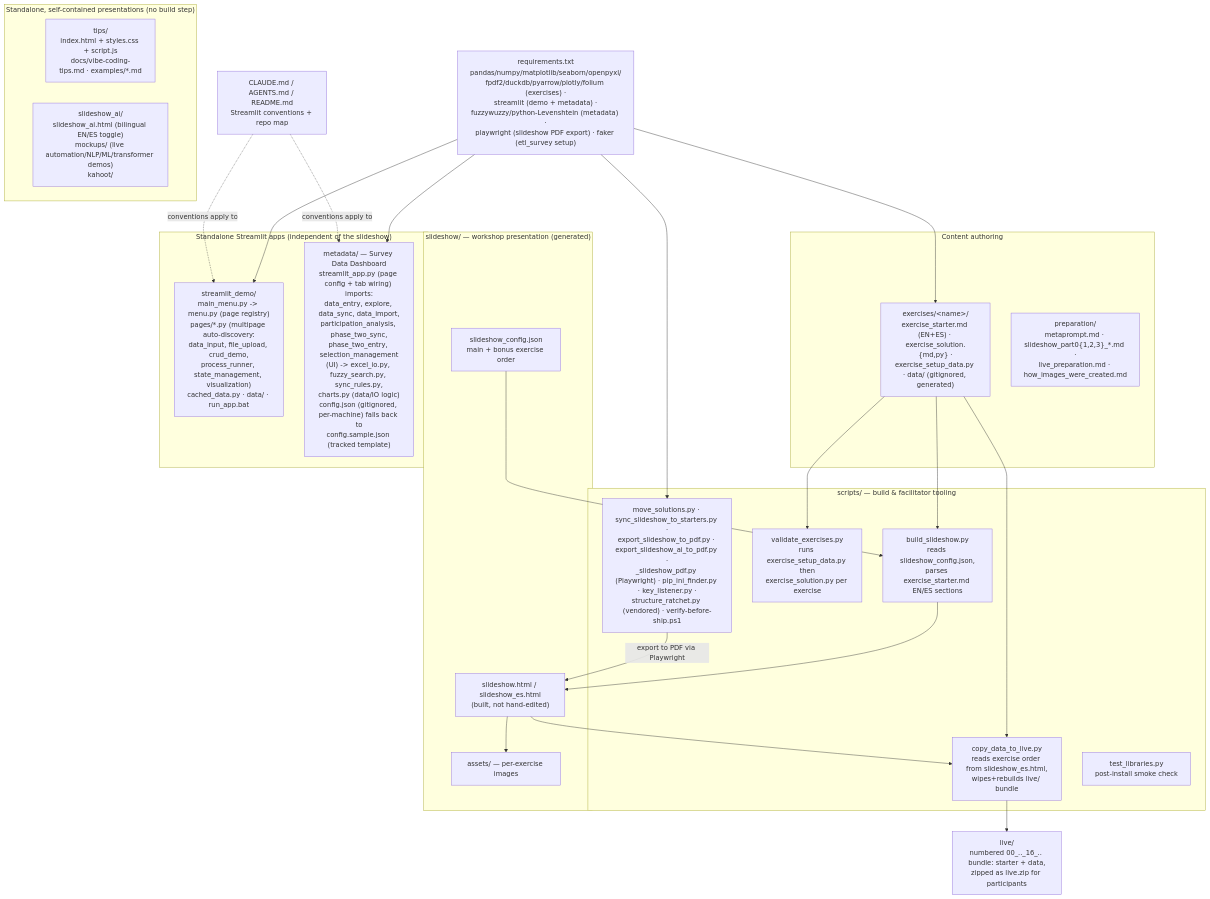
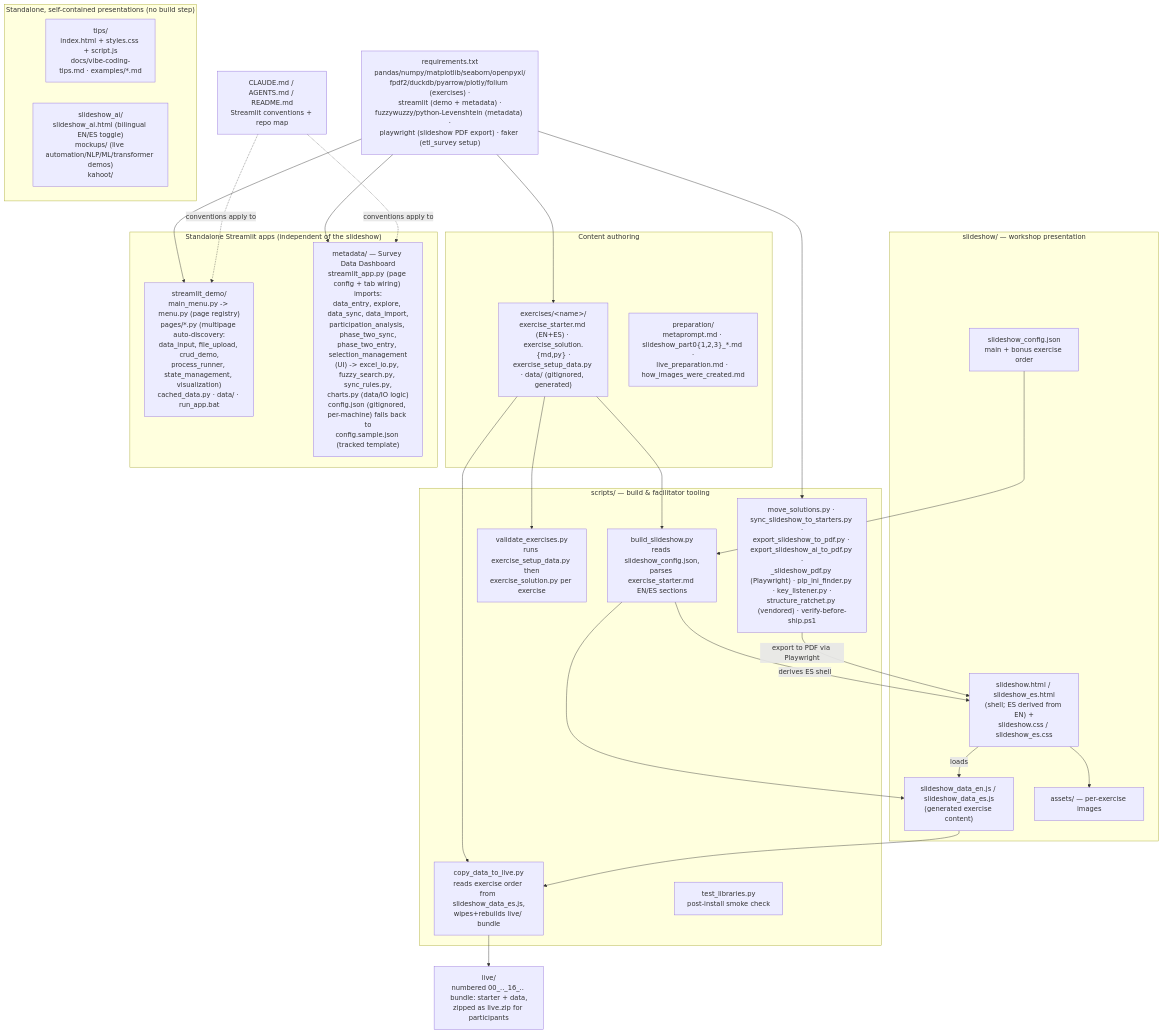
Before and after one commit to ferraroroberto/vibe-coding-workshop: the diagram in docs/architecture.mmd, drawn with Mermaid. The commit also changed 14 other files, not shown here.

First line of the commit message:
chore: split the slideshow decks into shell, stylesheet and data script (#85)

```diff
--- a/docs/architecture.mmd
+++ b/docs/architecture.mmd
@@ -1,58 +1,61 @@
 %% docs/architecture.mmd — this repo's own internal structure.
 %% Hand-authored, not generated (there is no crawler for a repo's own semantic
 %% shape, same reason a `.fleet.toml` `description` is hand-written). Update
 %% this diagram in the same PR as any material structural change (an exercise
 %% category added/removed, a build script relocated, a new standalone app
 %% folder). See fleet-config#256 for the general fleet-wide convention.
 
 flowchart TB
   subgraph content["Content authoring"]
     EXERCISES["exercises/&lt;name&gt;/\nexercise_starter.md (EN+ES) · exercise_solution.{md,py} ·\nexercise_setup_data.py · data/ (gitignored, generated)"]
     PREP["preparation/\nmetaprompt.md · slideshow_part0{1,2,3}_*.md ·\nlive_preparation.md · how_images_were_created.md"]
   end
 
   subgraph build["scripts/ — build & facilitator tooling"]
     BUILDSHOW["build_slideshow.py\nreads slideshow_config.json,\nparses exercise_starter.md EN/ES sections"]
-    COPYLIVE["copy_data_to_live.py\nreads exercise order from slideshow_es.html,\nwipes+rebuilds live/ bundle"]
+    COPYLIVE["copy_data_to_live.py\nreads exercise order from slideshow_data_es.js,\nwipes+rebuilds live/ bundle"]
     VALIDATE["validate_exercises.py\nruns exercise_setup_data.py then\nexercise_solution.py per exercise"]
     TESTLIB["test_libraries.py\npost-install smoke check"]
     OTHERSCRIPTS["move_solutions.py · sync_slideshow_to_starters.py ·\nexport_slideshow_to_pdf.py · export_slideshow_ai_to_pdf.py ·\n_slideshow_pdf.py (Playwright) · pip_ini_finder.py · key_listener.py ·\nstructure_ratchet.py (vendored) · verify-before-ship.ps1"]
   end
 
   EXERCISES --> BUILDSHOW
   EXERCISES --> VALIDATE
   EXERCISES --> COPYLIVE
 
-  subgraph slideshow["slideshow/ — workshop presentation (generated)"]
+  subgraph slideshow["slideshow/ — workshop presentation"]
     CONFIG["slideshow_config.json\nmain + bonus exercise order"]
-    SHTML["slideshow.html / slideshow_es.html\n(built, not hand-edited)"]
+    SHTML["slideshow.html / slideshow_es.html\n(shell; ES derived from EN) +\nslideshow.css / slideshow_es.css"]
+    SDATA["slideshow_data_en.js / slideshow_data_es.js\n(generated exercise content)"]
     ASSETS["assets/ — per-exercise images"]
   end
   CONFIG --> BUILDSHOW
-  BUILDSHOW --> SHTML
+  BUILDSHOW --> SDATA
+  BUILDSHOW -->|derives ES shell| SHTML
+  SHTML -->|loads| SDATA
   SHTML --> ASSETS
-  SHTML --> COPYLIVE
+  SDATA --> COPYLIVE
   OTHERSCRIPTS -->|export to PDF via Playwright| SHTML
 
   LIVE["live/\nnumbered 00_.._16_.. bundle: starter + data,\nzipped as live.zip for participants"]
   COPYLIVE --> LIVE
 
   subgraph standalone["Standalone, self-contained presentations (no build step)"]
     TIPS["tips/\nindex.html + styles.css + script.js\ndocs/vibe-coding-tips.md · examples/*.md"]
     SLIDESHOWAI["slideshow_ai/\nslideshow_ai.html (bilingual EN/ES toggle)\nmockups/ (live automation/NLP/ML/transformer demos)\nkahoot/"]
   end
 
   subgraph apps["Standalone Streamlit apps (independent of the slideshow)"]
     DEMO["streamlit_demo/\nmain_menu.py -> menu.py (page registry)\npages/*.py (multipage auto-discovery:\ndata_input, file_upload, crud_demo,\nprocess_runner, state_management, visualization)\ncached_data.py · data/ · run_app.bat"]
     METADATA["metadata/ — Survey Data Dashboard\nstreamlit_app.py (page config + tab wiring) imports:\ndata_entry, explore, data_sync, data_import,\nparticipation_analysis, phase_two_sync,\nphase_two_entry, selection_management\n(UI) -> excel_io.py, fuzzy_search.py, sync_rules.py,\ncharts.py (data/IO logic)\nconfig.json (gitignored, per-machine) falls back to\nconfig.sample.json (tracked template)"]
   end
 
   REQ["requirements.txt\npandas/numpy/matplotlib/seaborn/openpyxl/\nfpdf2/duckdb/pyarrow/plotly/folium (exercises) ·\nstreamlit (demo + metadata) ·\nfuzzywuzzy/python-Levenshtein (metadata) ·\nplaywright (slideshow PDF export) · faker (etl_survey setup)"]
   REQ --> EXERCISES
   REQ --> DEMO
   REQ --> METADATA
   REQ --> OTHERSCRIPTS
 
   ROOTDOCS["CLAUDE.md / AGENTS.md / README.md\nStreamlit conventions + repo map"]
   ROOTDOCS -.->|conventions apply to| DEMO
   ROOTDOCS -.->|conventions apply to| METADATA
```
